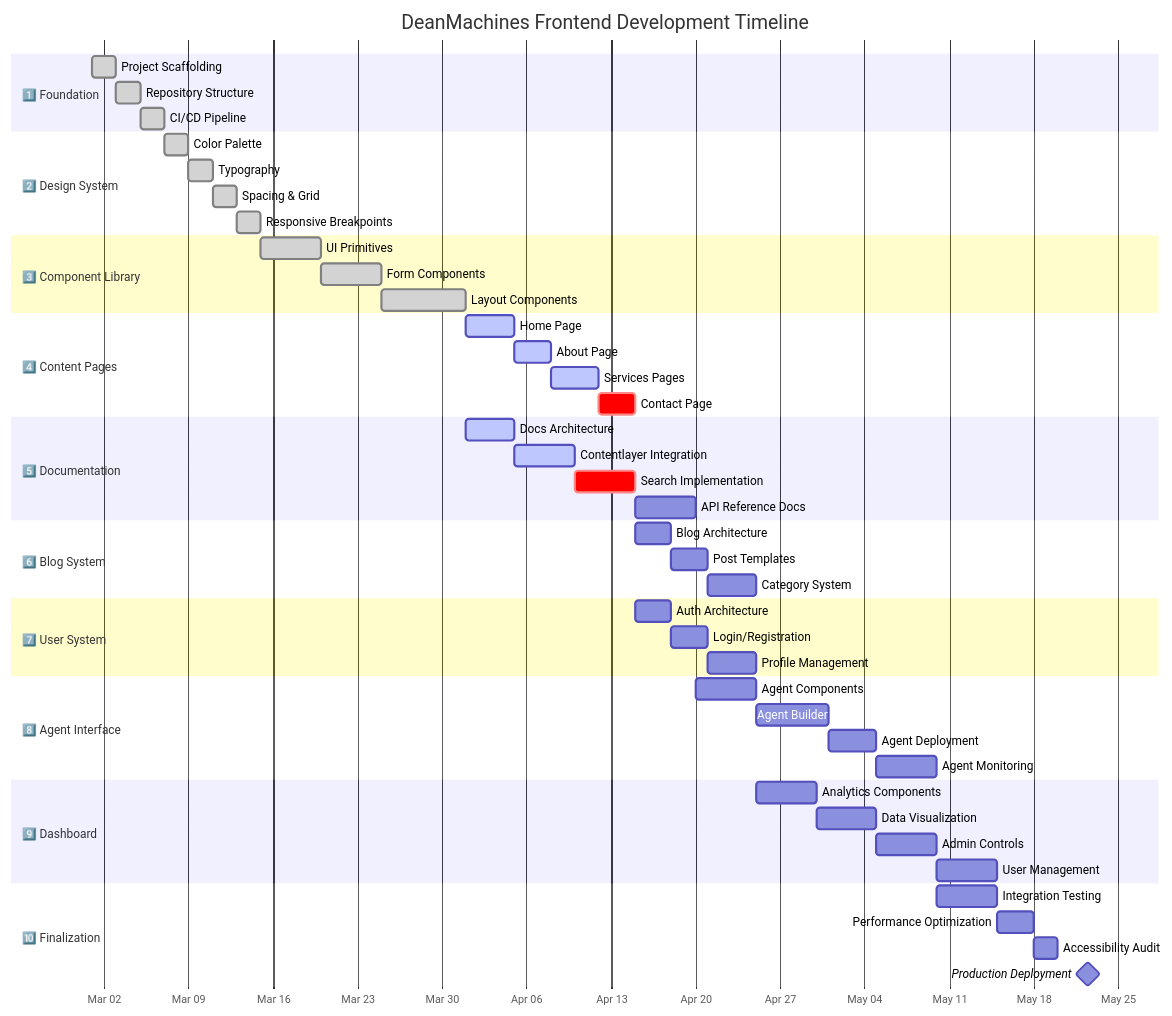
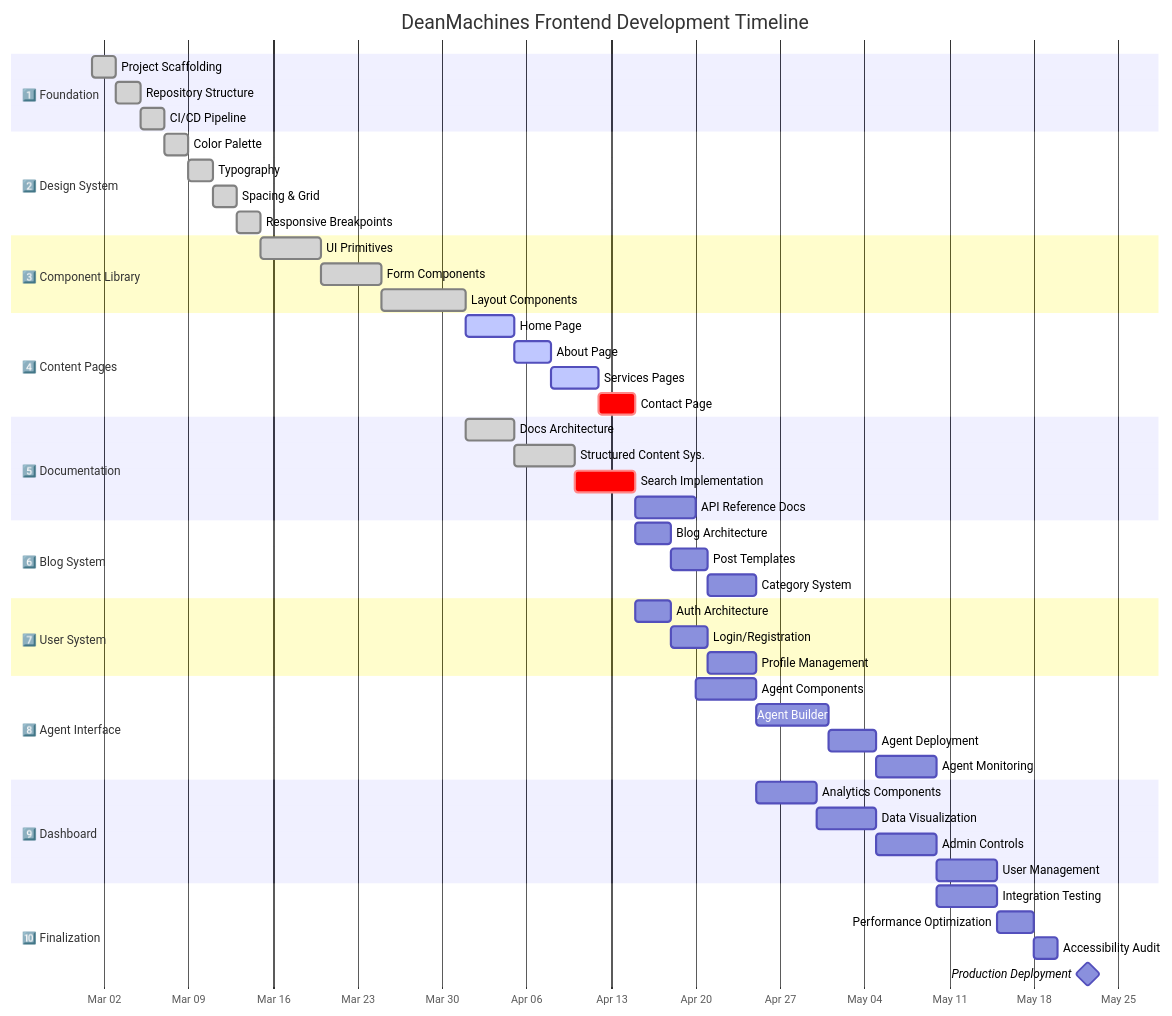
The first of 5 diagrams in README.md (ssdeanx/deanmachines-front), drawn with Mermaid before and after one commit. The commit also changed other lines of this file and 26 other files, not shown here.

````diff
--- a/README.md
+++ b/README.md
@@ -15,63 +15,63 @@
 ```mermaid
 gantt
     title DeanMachines Frontend Development Timeline
     dateFormat  YYYY-MM-DD
     axisFormat %b %d
     todayMarker stroke-width:4px,stroke:#ff3377,opacity:0.9
 
     section 1️⃣ Foundation
     Project Scaffolding        :done,    setup1,    2025-03-01, 2025-03-03
     Repository Structure       :done,    setup2,    2025-03-03, 2025-03-05
     CI/CD Pipeline             :done,    setup3,    2025-03-05, 2025-03-07
 
     section 2️⃣ Design System
     Color Palette              :done,    design1,   2025-03-07, 2025-03-09
     Typography                 :done,    design2,   2025-03-09, 2025-03-11
     Spacing & Grid             :done,    design3,   2025-03-11, 2025-03-13
     Responsive Breakpoints     :done,    design4,   2025-03-13, 2025-03-15
 
     section 3️⃣ Component Library
     UI Primitives              :done,    comps1,    2025-03-15, 2025-03-20
     Form Components            :done,    comps2,    2025-03-20, 2025-03-25
     Layout Components          :done,    comps3,    2025-03-25, 2025-04-01
 
     section 4️⃣ Content Pages
     Home Page                  :active,  pages1,    2025-04-01, 2025-04-05
     About Page                 :active,  pages2,    2025-04-05, 2025-04-08
     Services Pages             :active,  pages3,    2025-04-08, 2025-04-12
     Contact Page               :crit,    pages4,    2025-04-12, 2025-04-15
 
     section 5️⃣ Documentation
-    Docs Architecture          :active,  docs1,     2025-04-01, 2025-04-05
-    Contentlayer Integration   :active,  docs2,     2025-04-05, 2025-04-10
+    Docs Architecture          :done,    docs1,     2025-04-01, 2025-04-05
+    Structured Content Sys.    :done,    docs2,     2025-04-05, 2025-04-10
     Search Implementation      :crit,    docs3,     2025-04-10, 2025-04-15
     API Reference Docs         :         docs4,     2025-04-15, 2025-04-20
 
     section 6️⃣ Blog System
     Blog Architecture          :         blog1,     2025-04-15, 2025-04-18
     Post Templates             :         blog2,     2025-04-18, 2025-04-21
     Category System            :         blog3,     2025-04-21, 2025-04-25
 
     section 7️⃣ User System
     Auth Architecture          :         auth1,     2025-04-15, 2025-04-18
     Login/Registration         :         auth2,     2025-04-18, 2025-04-21
     Profile Management         :         auth3,     2025-04-21, 2025-04-25
 
     section 8️⃣ Agent Interface
     Agent Components           :         agent1,    2025-04-20, 2025-04-25
     Agent Builder              :         agent2,    2025-04-25, 2025-05-01
     Agent Deployment           :         agent3,    2025-05-01, 2025-05-05
     Agent Monitoring           :         agent4,    2025-05-05, 2025-05-10
 
     section 9️⃣ Dashboard
     Analytics Components       :         dash1,     2025-04-25, 2025-04-30
     Data Visualization         :         dash2,     2025-04-30, 2025-05-05
     Admin Controls             :         dash3,     2025-05-05, 2025-05-10
     User Management            :         dash4,     2025-05-10, 2025-05-15
 
     section 🔟 Finalization
     Integration Testing        :         test1,     2025-05-10, 2025-05-15
     Performance Optimization   :         test2,     2025-05-15, 2025-05-18
     Accessibility Audit        :         test3,     2025-05-18, 2025-05-20
     Production Deployment      :milestone, deploy,   2025-05-20, 2025-05-25
 ```
````
